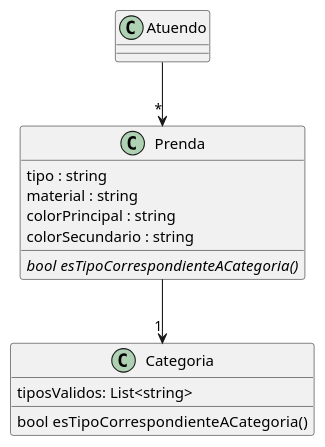
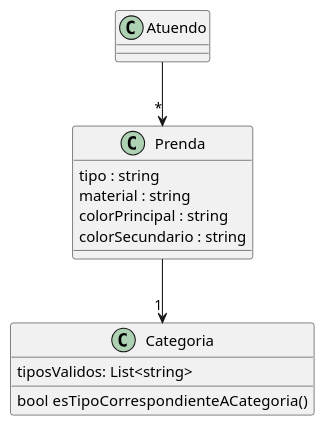
Before and after one commit to mbeorlegui/que-me-pongo: the diagram in diagrama.puml, drawn with PlantUML. The commit also changed 1 other file, not shown here.

Commit message:
Update Diagrama y codigo uml

```diff
--- a/diagrama.puml
+++ b/diagrama.puml
@@ -1,21 +1,20 @@
 @startuml QMP1
 
 class Prenda {
   tipo : string
   material : string
   colorPrincipal : string
   colorSecundario : string
-  {abstract} bool  esTipoCorrespondienteACategoria()
 }
 
 class Categoria {
   tiposValidos: List<string>
   bool  esTipoCorrespondienteACategoria()
 }
 
 Prenda --> "1" Categoria
 
 class Atuendo
 
 Atuendo --> "*" Prenda
 @enduml
```
